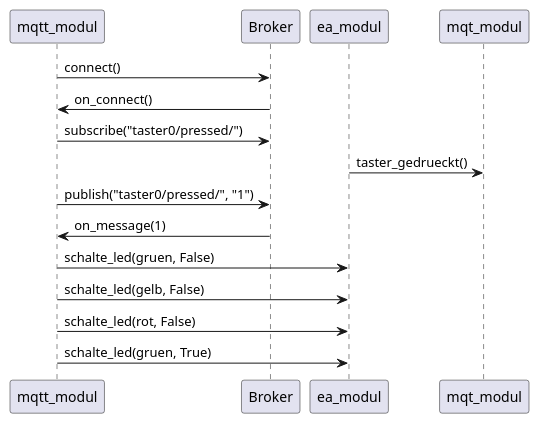
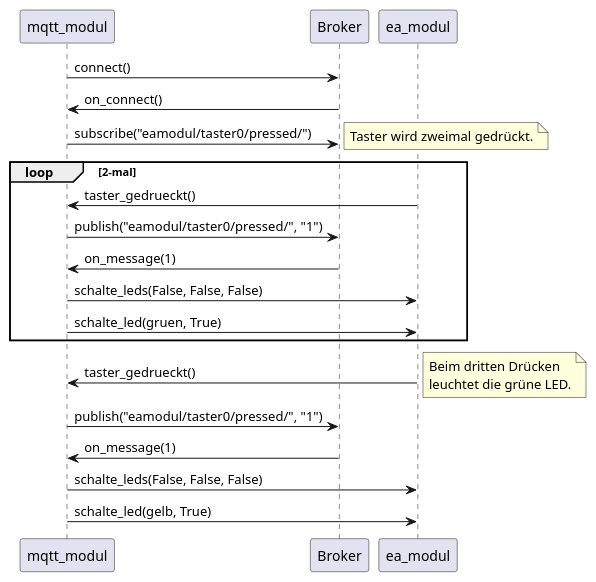
The fourth of 4 diagrams in fizzbuzz.org (pintman/fizzbuzz), drawn with PlantUML before and after one commit. The commit also changed other lines of this file and 3 other files, not shown here.

Commit message:
added mqtt version with eamodul.

```diff
--- a/fizzbuzz.org
+++ b/fizzbuzz.org
@@ -1808,17 +1806,31 @@
 #+BEGIN_SRC plantuml :file doc/fizzbuzz-mqtt-eamodul.png :cache yes
-@startuml
+@startuml 
 mqtt_modul -> Broker: connect()
 Broker -> mqtt_modul: on_connect()
-mqtt_modul -> Broker: subscribe("taster0/pressed/")
+mqtt_modul -> Broker: subscribe("eamodul/taster0/pressed/")
 
-ea_modul -> mqt_modul: taster_gedrueckt()
-mqtt_modul -> Broker: publish("taster0/pressed/", "1")
+
+loop 2-mal
+note right: Taster wird zweimal gedrückt.
+ea_modul -> mqtt_modul: taster_gedrueckt()
+mqtt_modul -> Broker: publish("eamodul/taster0/pressed/", "1")
 Broker -> mqtt_modul: on_message(1)
-mqtt_modul -> ea_modul: schalte_led(gruen, False)
-mqtt_modul -> ea_modul: schalte_led(gelb, False)
-mqtt_modul -> ea_modul: schalte_led(rot, False)
+mqtt_modul -> ea_modul: schalte_leds(False, False, False)
 
 mqtt_modul -> ea_modul: schalte_led(gruen, True)
+end
+
+ea_modul -> mqtt_modul: taster_gedrueckt()
+note right 
+  Beim dritten Drücken 
+  leuchtet die grüne LED.
+endnote
+
+mqtt_modul -> Broker: publish("eamodul/taster0/pressed/", "1")
+Broker -> mqtt_modul: on_message(1)
+mqtt_modul -> ea_modul: schalte_leds(False, False, False)
+
+mqtt_modul -> ea_modul: schalte_led(gelb, True)
 
 @enduml
 #+END_SRC
```
